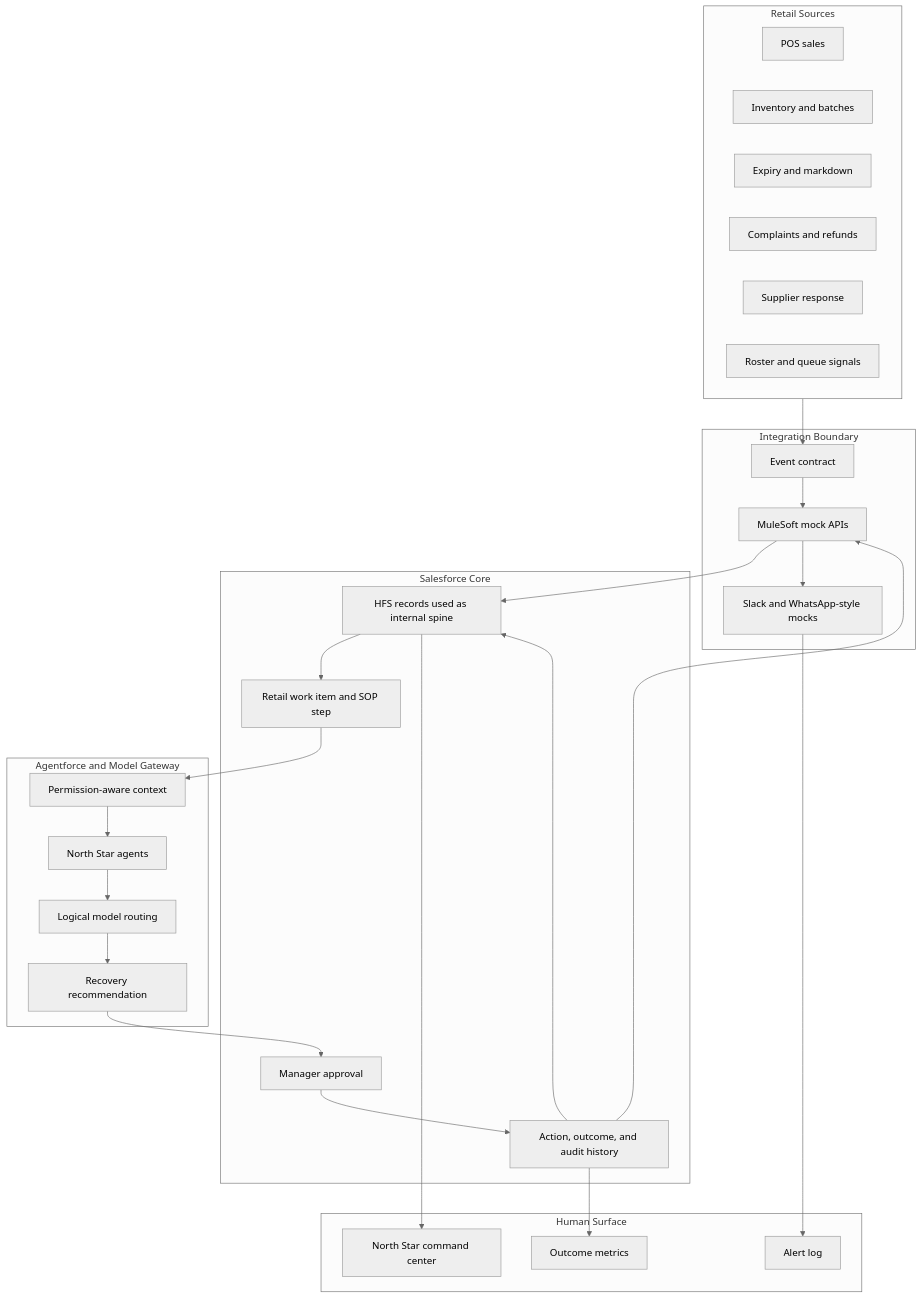
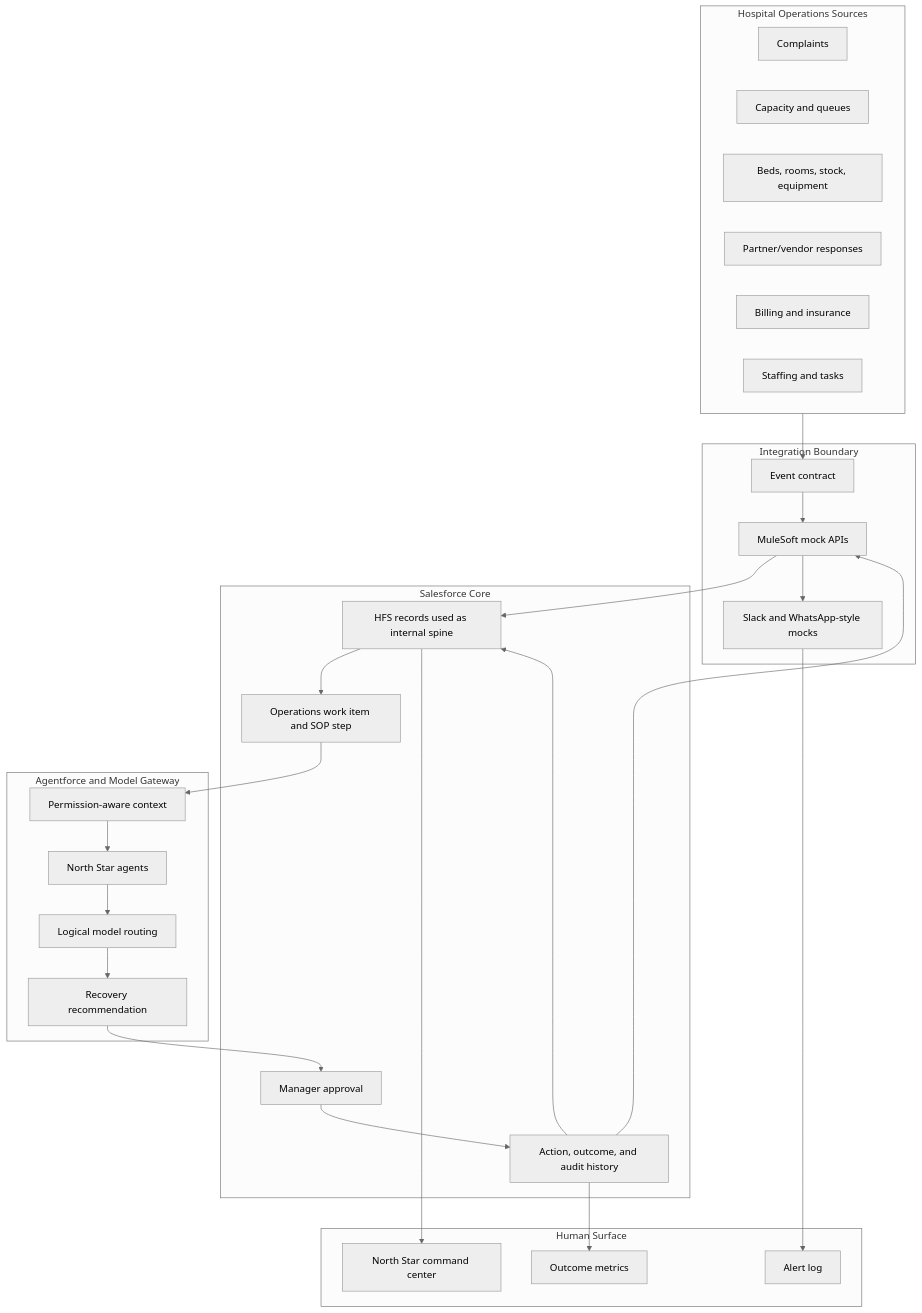
One commit to freeapikeys/HackathonSalesforce changed the second of 2 diagrams in docs/architecture.md. Above: the diagram before and after it, drawn with Mermaid (neutral theme). The commit also changed other lines of this file and 28 other files, not shown here.

Commit message:
docs: pivot North Star to hospital operations

````diff
--- a/docs/architecture.md
+++ b/docs/architecture.md
@@ -45,47 +48,47 @@
 ```mermaid
 flowchart TB
-    subgraph RetailSources["Retail Sources"]
-        POS["POS sales"]
-        INV["Inventory and batches"]
-        EXP["Expiry and markdown"]
-        COMP["Complaints and refunds"]
-        SUP["Supplier response"]
-        ROSTER["Roster and queue signals"]
+    subgraph Sources["Hospital Operations Sources"]
+        COMP["Complaints"]
+        CAP["Capacity and queues"]
+        RES["Beds, rooms, stock, equipment"]
+        PARTNER["Partner/vendor responses"]
+        BILL["Billing and insurance"]
+        STAFF["Staffing and tasks"]
     end
 
     subgraph Integration["Integration Boundary"]
         EVENTS["Event contract"]
         MULE["MuleSoft mock APIs"]
         CHANNELS["Slack and WhatsApp-style mocks"]
     end
 
     subgraph Salesforce["Salesforce Core"]
         RECORDS["HFS records used as internal spine"]
-        WORK["Retail work item and SOP step"]
+        WORK["Operations work item and SOP step"]
         APPROVAL["Manager approval"]
         AUDIT["Action, outcome, and audit history"]
     end
 
     subgraph Intelligence["Agentforce and Model Gateway"]
         CONTEXT["Permission-aware context"]
         ROUTER["Logical model routing"]
         AGENT["North Star agents"]
         REC["Recovery recommendation"]
     end
 
     subgraph UI["Human Surface"]
         LWC["North Star command center"]
         ALERTS["Alert log"]
         METRICS["Outcome metrics"]
     end
 
-    RetailSources --> EVENTS --> MULE --> RECORDS
+    Sources --> EVENTS --> MULE --> RECORDS
     RECORDS --> WORK --> CONTEXT --> AGENT
     AGENT --> ROUTER --> REC --> APPROVAL
     APPROVAL --> AUDIT
     AUDIT --> MULE --> CHANNELS
     AUDIT --> RECORDS
     RECORDS --> LWC
     CHANNELS --> ALERTS
     AUDIT --> METRICS
 ```
````
